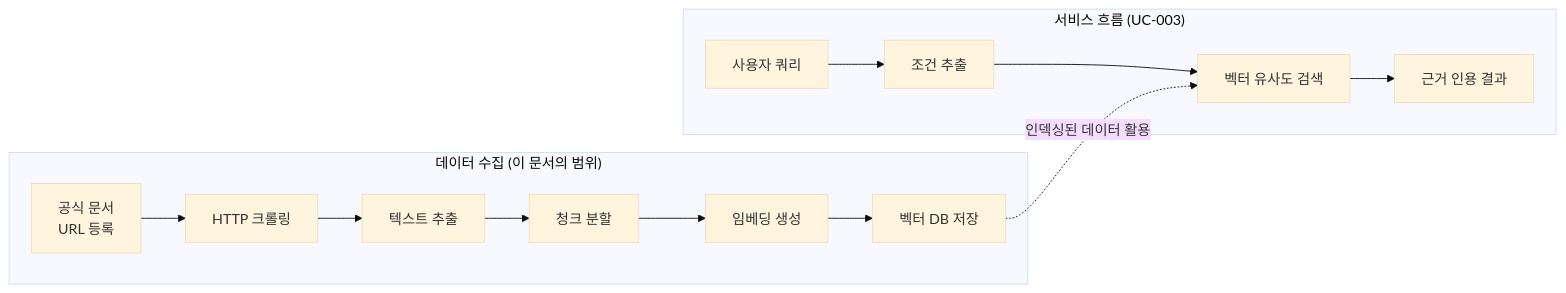
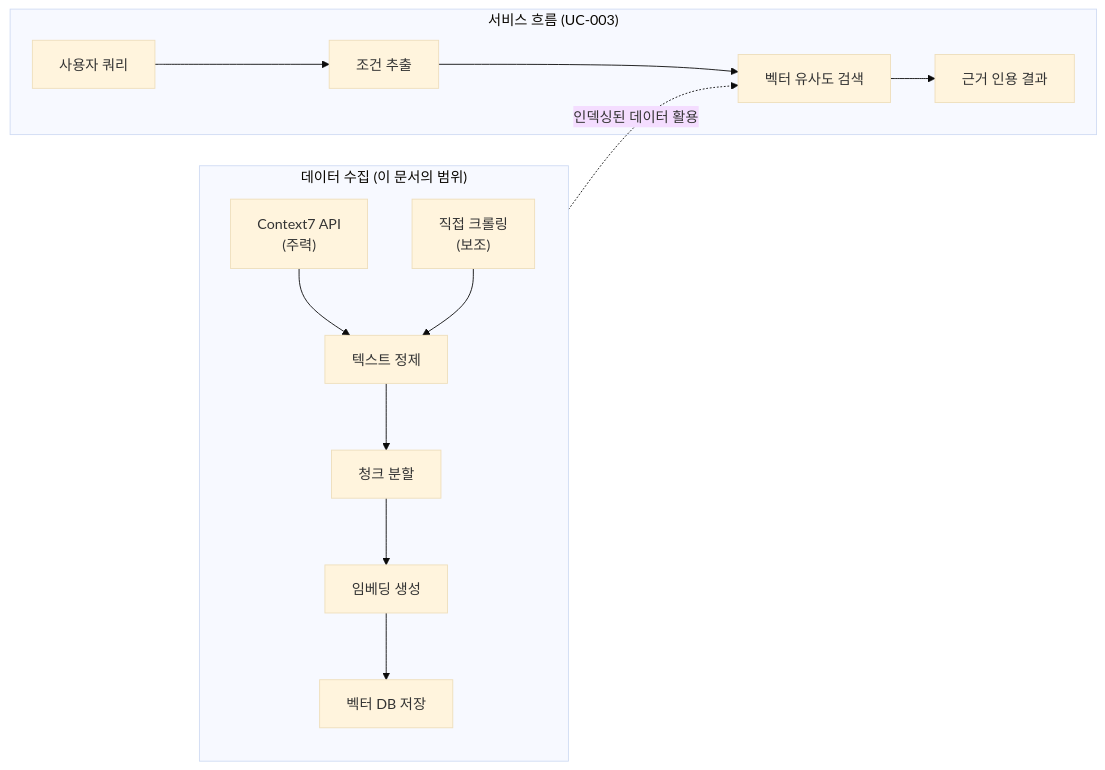
One commit to johunsang/api-intel changed the first of 5 diagrams in docs/01-요구사항분석/API수집시스템분석서.md. Above: the diagram before and after it, drawn with Mermaid (base theme). The commit also changed other lines of this file and 91 other files, not shown here.

````diff
--- a/docs/01-요구사항분석/API수집시스템분석서.md
+++ b/docs/01-요구사항분석/API수집시스템분석서.md
@@ -65,18 +66,19 @@
 ```mermaid
 flowchart LR
     subgraph "데이터 수집 (이 문서의 범위)"
-        A["공식 문서\nURL 등록"] --> B["HTTP 크롤링"]
-        B --> C["텍스트 추출"]
+        direction TB
+        A1["Context7 API\n(주력)"] --> C["텍스트 정제"]
+        A2["직접 크롤링\n(보조)"] --> C
         C --> D["청크 분할"]
         D --> E["임베딩 생성"]
         E --> F["벡터 DB 저장"]
     end
 
     subgraph "서비스 흐름 (UC-003)"
         G["사용자 쿼리"] --> H["조건 추출"]
         H --> I["벡터 유사도 검색"]
         I --> J["근거 인용 결과"]
     end
 
     F -.->|"인덱싱된 데이터 활용"| I
 ```
````
